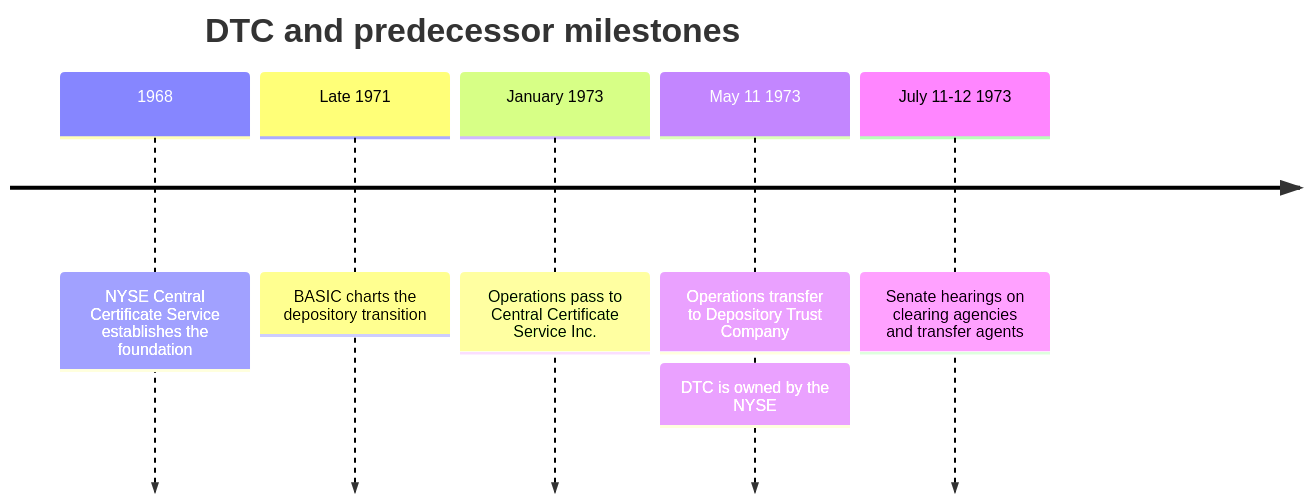
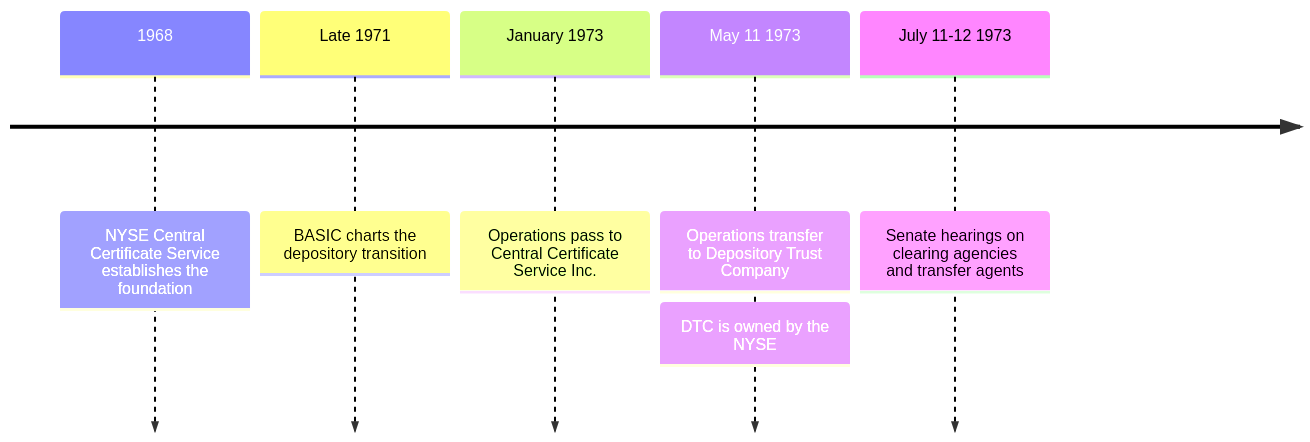
The diagram in README.md (blocktransfer/TAD1), drawn with Mermaid before and after one commit. The commit also changed other lines of this file, not shown here.

First line of the commit message:
🖋️ Rename the timeline section and remove its duplicate title

````diff
--- a/README.md
+++ b/README.md
@@ -6,9 +6,8 @@
 ```mermaid
 timeline
-    title DTC and predecessor milestones
     1968 : NYSE Central Certificate Service establishes the foundation
     Late 1971 : BASIC charts the depository transition
     January 1973 : Operations pass to Central Certificate Service Inc.
     May 11 1973 : Operations transfer to Depository Trust Company : DTC is owned by the NYSE
     July 11-12 1973 : Senate hearings on clearing agencies and transfer agents
 ```
````
